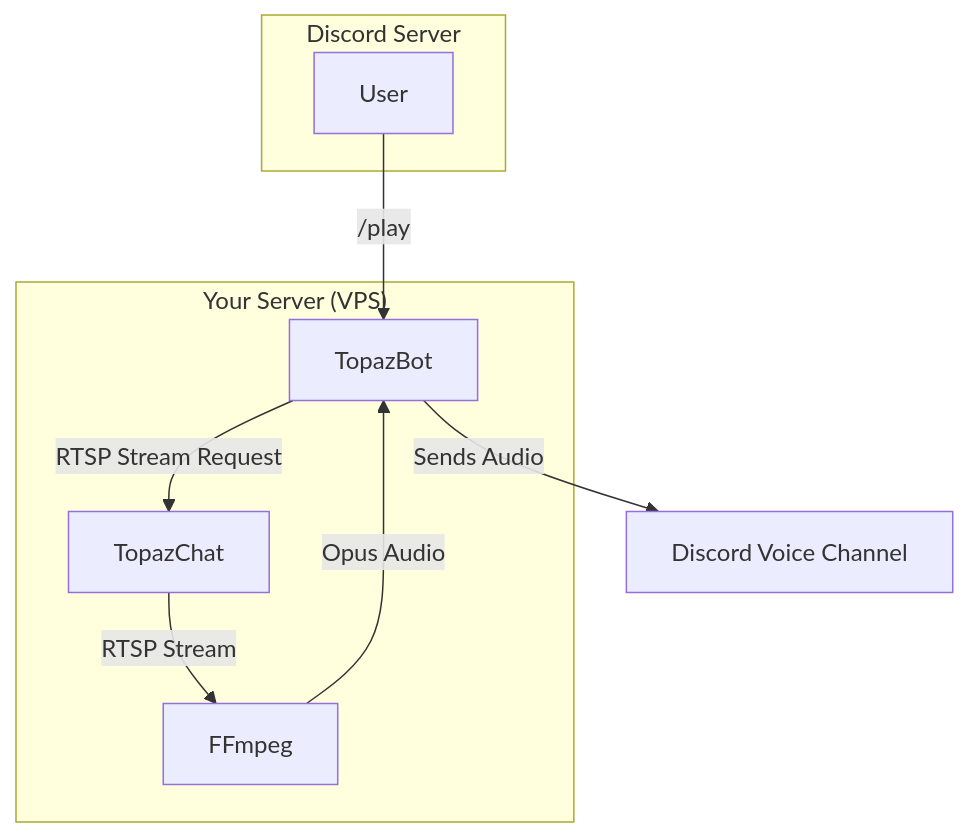
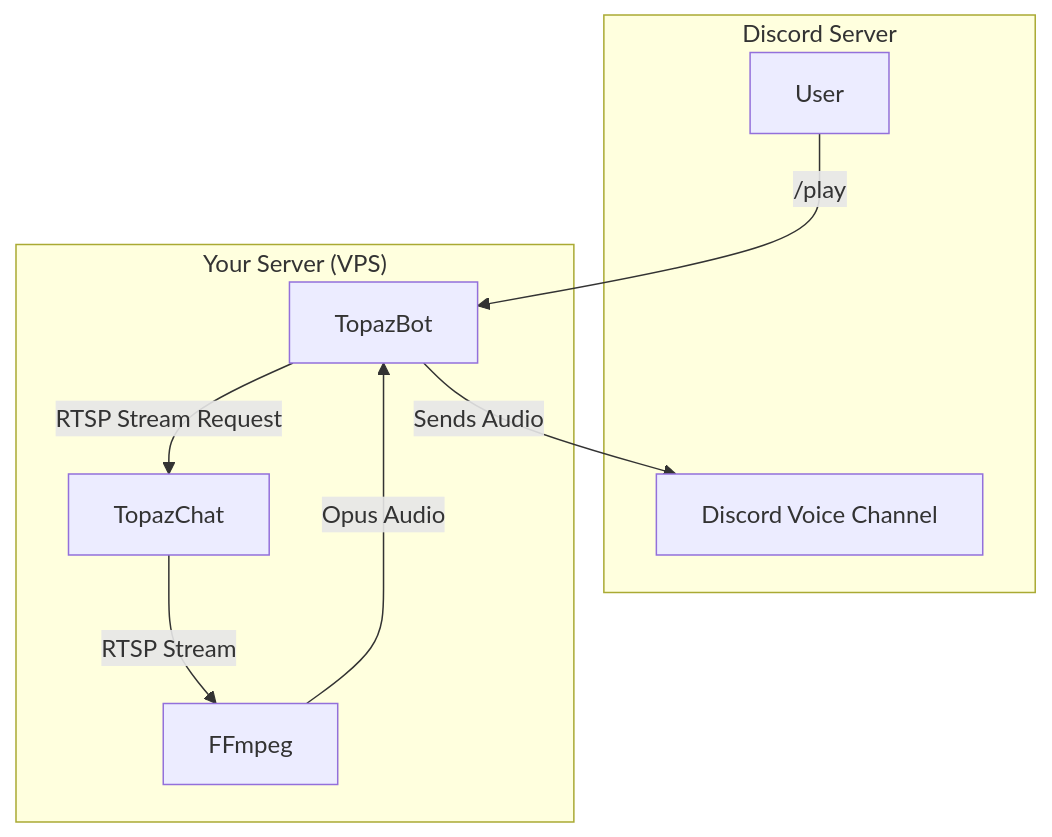
One commit to emerauda/TopazBot changed the diagram in README-JP.md. Above: the diagram before and after it, drawn with Mermaid. The commit also changed 1 other file, not shown here.

Commit message:
fix: add Discord Voice Channel to diagrams in README files

````diff
--- a/README-JP.md
+++ b/README-JP.md
@@ -176,18 +176,19 @@
 ```mermaid
 graph TD
     subgraph "Discord Server"
         User
+        DiscordVoiceChannel[Discord Voice Channel]
     end
 
     subgraph "Your Server (VPS)"
         TopazBot
         TopazChat
         FFmpeg
     end
 
     User -- "/play" --> TopazBot
     TopazBot -- "RTSP Stream Request" --> TopazChat
     TopazChat -- "RTSP Stream" --> FFmpeg
     FFmpeg -- "Opus Audio" --> TopazBot
     TopazBot -- "Sends Audio" --> DiscordVoiceChannel[Discord Voice Channel]
 ```
````
